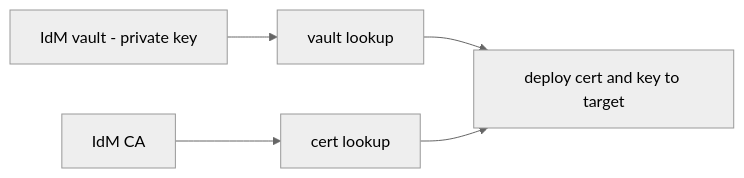
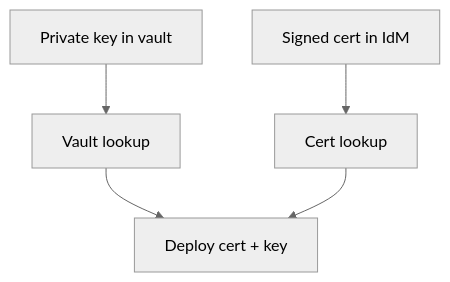
Before and after one commit to gprocunier/eigenstate-ipa: the seventh of 12 diagrams in docs/cert-use-cases.md, drawn with Mermaid (neutral theme). The commit also changed other lines of this file and 12 other files, not shown here.

Commit message:
Clean up Mermaid diagrams across docs

````diff
--- a/docs/cert-use-cases.md
+++ b/docs/cert-use-cases.md
@@ -325,7 +336,7 @@
 ```mermaid
-flowchart LR
-    A["IdM vault - private key"] --> B["vault lookup"]
-    C["IdM CA"] --> D["cert lookup"]
-    B --> E["deploy cert and key to target"]
-    D --> E
+flowchart TD
+    key["Private key in vault"] --> key_lookup["Vault lookup"]
+    cert["Signed cert in IdM"] --> cert_lookup["Cert lookup"]
+    key_lookup --> deploy["Deploy cert + key"]
+    cert_lookup --> deploy
 ```
````
